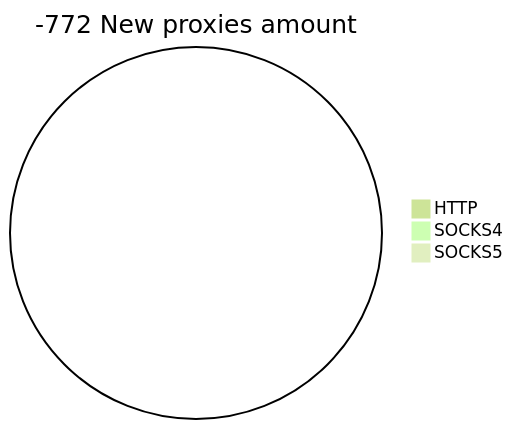
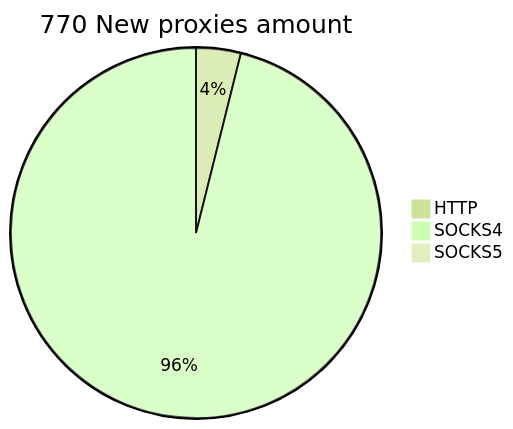
Before and after one commit to cutipu/proxylist: the second of 2 diagrams in README.md, drawn with Mermaid (forest theme). The commit also changed other lines of this file, not shown here.

````diff
--- a/README.md
+++ b/README.md
@@ -10,6 +10,6 @@
 ```mermaid
-pie title -772 New proxies amount
-    "HTTP" : 0
-    "SOCKS4" : 0
+pie title 770 New proxies amount
+    "HTTP" : 30
+    "SOCKS4" : 740
     "SOCKS5" : 0
 ```
````
